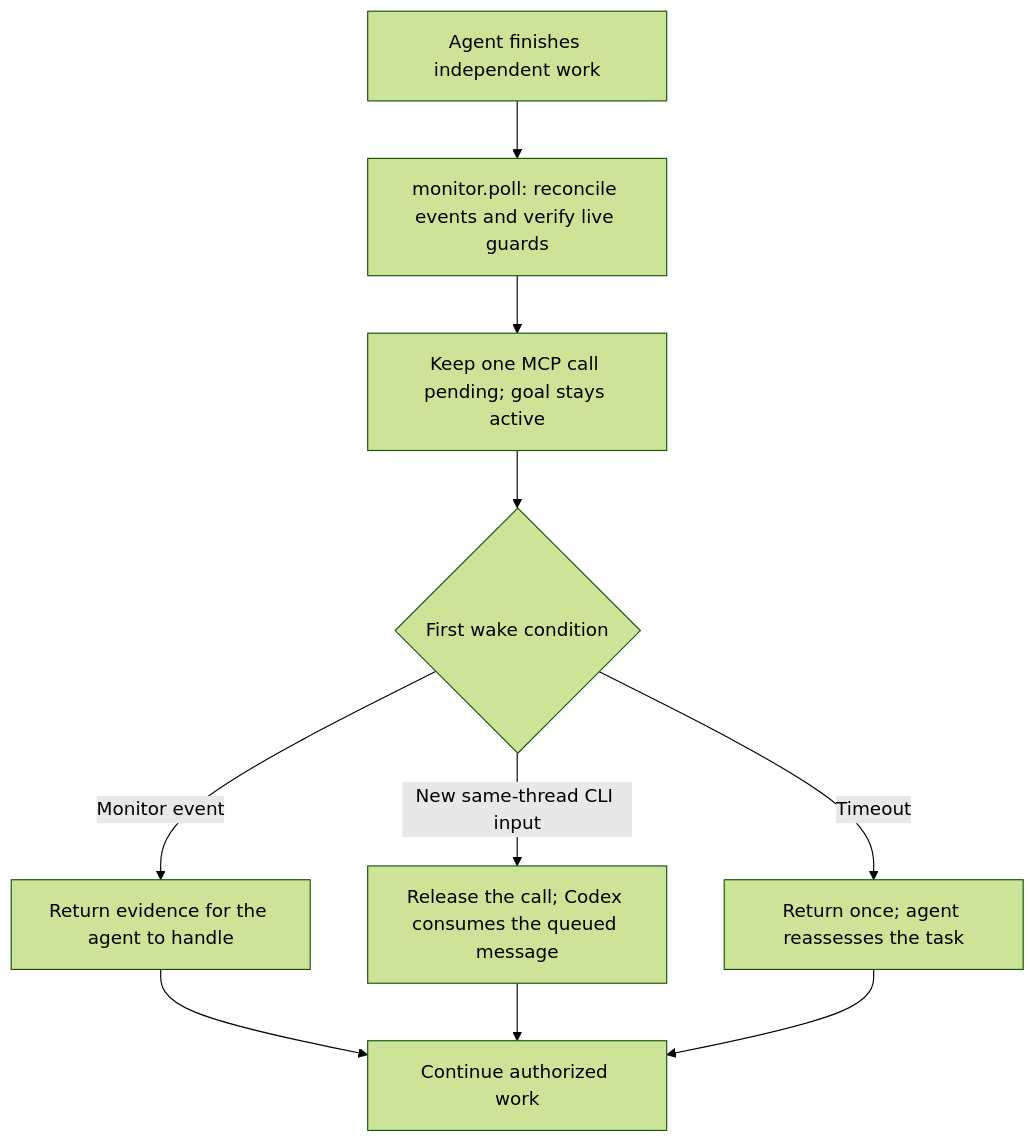
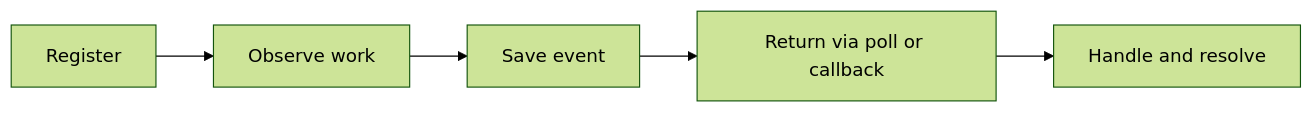
The first of 4 diagrams in README.md (EthenJ/codex-monitor), drawn with Mermaid (forest theme) before and after one commit. The commit also changed other lines of this file and 11 other files, not shown here.

````diff
--- a/README.md
+++ b/README.md
@@ -53,12 +42,5 @@
 ```mermaid
-flowchart TD
-    A["Agent finishes independent work"] --> B["monitor.poll: reconcile events and verify live guards"]
-    B --> C["Keep one MCP call pending; goal stays active"]
-    C --> D{"First wake condition"}
-    D -->|Monitor event| E["Return evidence for the agent to handle"]
-    D -->|New same-thread CLI input| F["Release the call; Codex consumes the queued message"]
-    D -->|Timeout| G["Return once; agent reassesses the task"]
-    E --> H["Continue authorized work"]
-    F --> H
-    G --> H
+flowchart LR
+    A["Register"] --> B["Observe work"] --> C["Save event"]
+    C --> D["Return via poll or callback"] --> E["Handle and resolve"]
 ```
````
